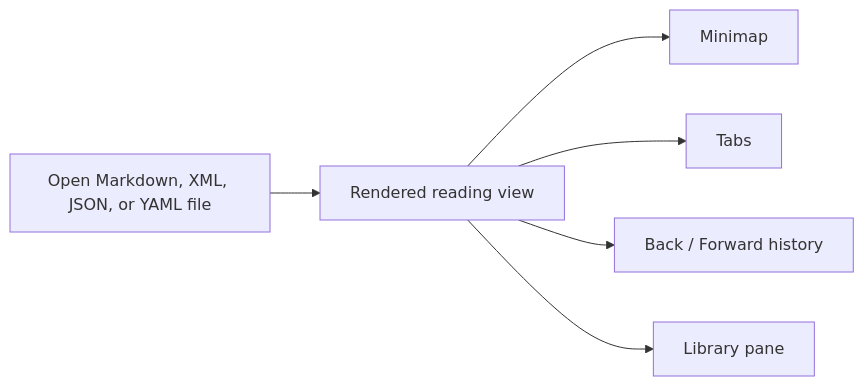
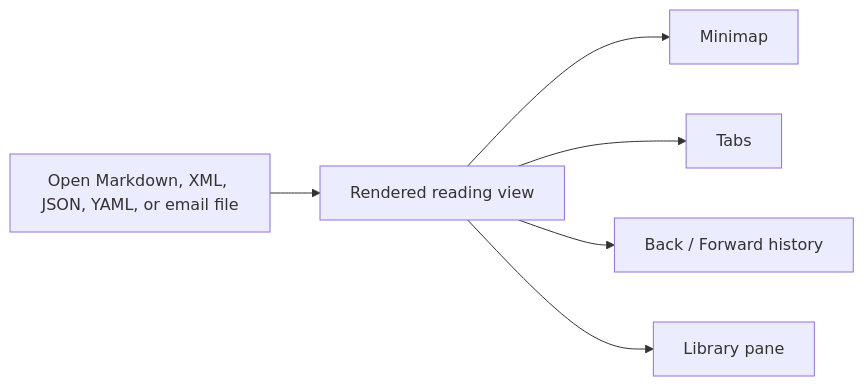
The diagram in docs/01-introduction.md (ryanallen/leaftext), drawn with Mermaid before and after one commit. The commit also changed other lines of this file and 21 other files, not shown here.

Commit message:
Open .eml email files: subject, headers, body, inline images, and attachments rendered; .mht/.mhtml too

````diff
--- a/docs/01-introduction.md
+++ b/docs/01-introduction.md
@@ -37,8 +38,8 @@
 ```mermaid
 flowchart LR
-    A[Open Markdown, XML, JSON, or YAML file] --> B[Rendered reading view]
+    A[Open Markdown, XML, JSON, YAML, or email file] --> B[Rendered reading view]
     B --> C[Minimap]
     B --> D[Tabs]
     B --> E[Back / Forward history]
     B --> F[Library pane]
 ```
````
